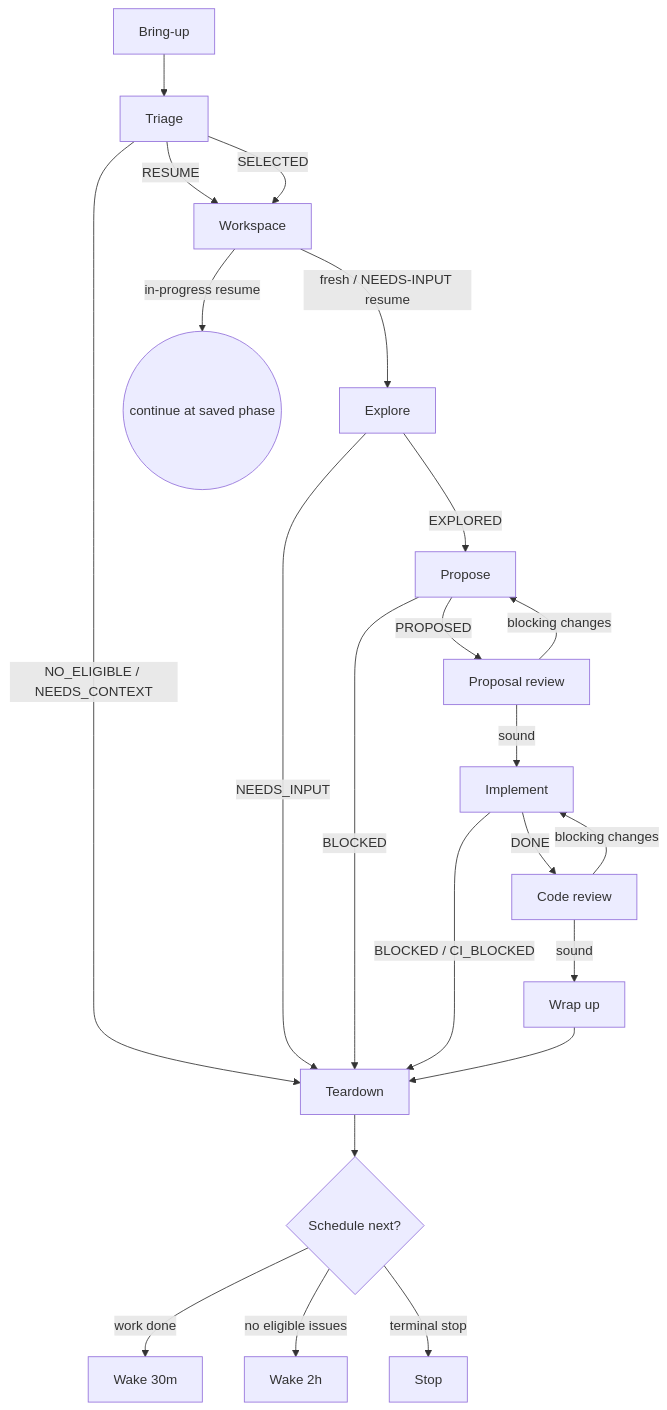
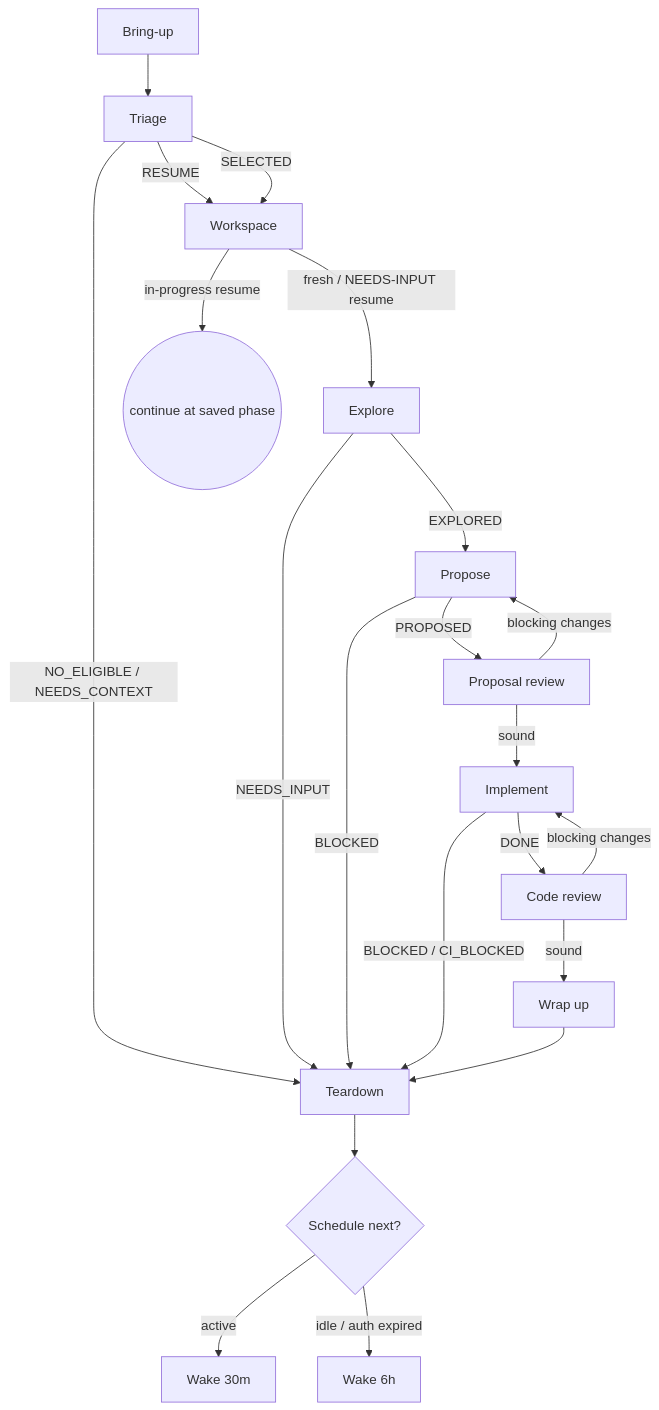
Before and after one commit to dafrick/openspec-auto: the diagram in skill/openspec-auto/SKILL.md, drawn with Mermaid. The commit also changed other lines of this file and 3 other files, not shown here.

````diff
--- a/skill/openspec-auto/SKILL.md
+++ b/skill/openspec-auto/SKILL.md
@@ -13,29 +13,28 @@
 ```mermaid
 flowchart TD
     B[Bring-up] --> T[Triage]
 
     T -->|RESUME| W[Workspace]
     T -->|SELECTED| W
     T -->|NO_ELIGIBLE / NEEDS_CONTEXT| Z[Teardown]
 
     W -->|fresh / NEEDS-INPUT resume| E[Explore]
     W -->|in-progress resume| RJ((continue at saved phase))
     E -->|EXPLORED| P[Propose]
     E -->|NEEDS_INPUT| Z
 
     P -->|PROPOSED| PV[Proposal review]
     P -->|BLOCKED| Z
     PV -->|sound| I[Implement]
     PV -->|blocking changes| P
     I -->|DONE| V[Code review]
     I -->|BLOCKED / CI_BLOCKED| Z
 
     V -->|sound| F[Wrap up]
     V -->|blocking changes| I
 
     F --> Z
     Z --> S{Schedule next?}
-    S -->|work done| K[Wake 30m]
-    S -->|no eligible issues| L[Wake 2h]
-    S -->|terminal stop| H[Stop]
+    S -->|active| K[Wake 30m]
+    S -->|idle / auth expired| L[Wake 6h]
 ```
````
